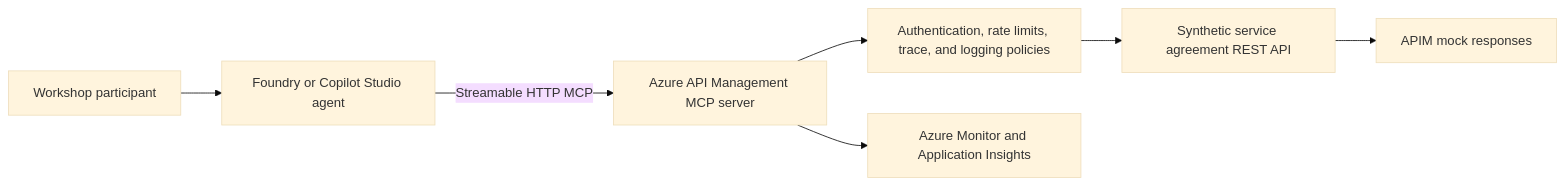
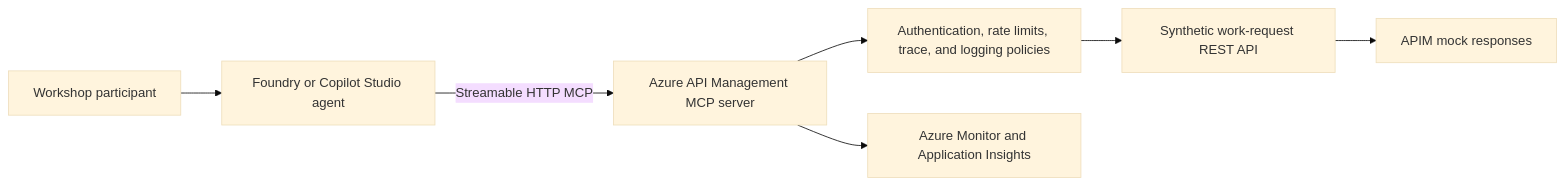
The diagram in docs/architecture.md (yurilausberg/foundry-apim-mcp-workshop), drawn with Mermaid (base theme) before and after one commit. The commit also changed 12 other files, not shown here.

````diff
--- a/docs/architecture.md
+++ b/docs/architecture.md
@@ -3,9 +3,9 @@
 ```mermaid
 flowchart LR
     User[Workshop participant] --> Agent[Foundry or Copilot Studio agent]
     Agent -->|Streamable HTTP MCP| APIM[Azure API Management MCP server]
     APIM --> Policy[Authentication, rate limits, trace, and logging policies]
-    Policy --> API[Synthetic service agreement REST API]
+    Policy --> API[Synthetic work-request REST API]
     API --> Mock[APIM mock responses]
     APIM --> Monitor[Azure Monitor and Application Insights]
 ```
````
